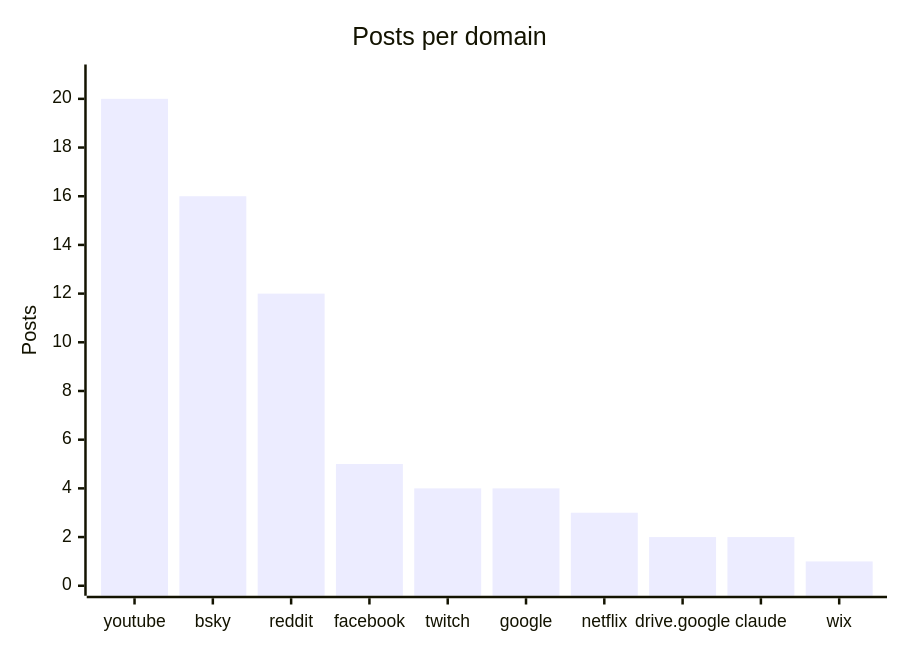
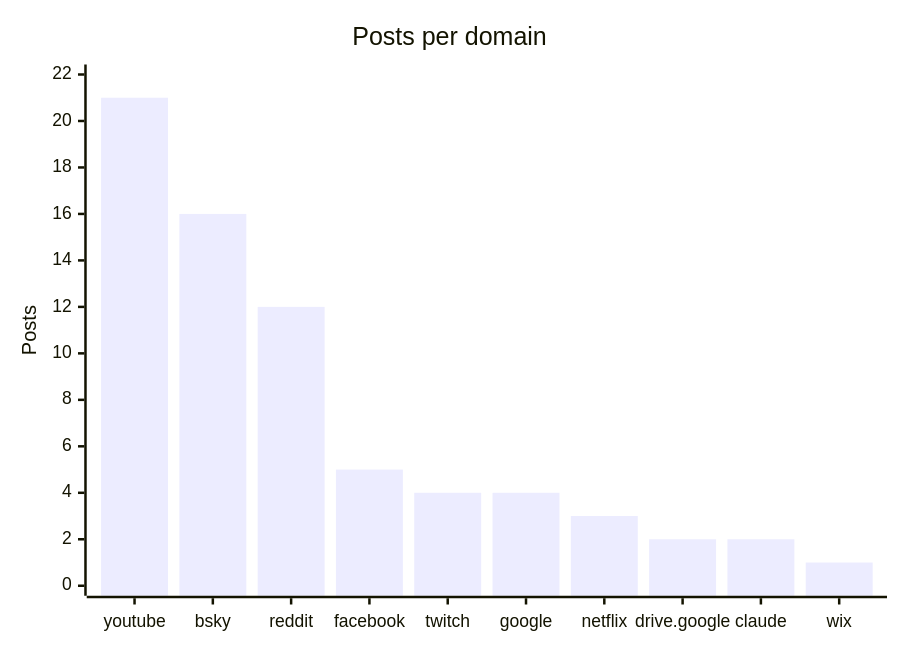
The fourth of 4 diagrams in README.md (martinbalfanz/social-scanner-reports), drawn with Mermaid before and after one commit. The commit also changed other lines of this file and 2 other files, not shown here.

````diff
--- a/README.md
+++ b/README.md
@@ -58,7 +58,7 @@
 ```mermaid
 xychart-beta
     title "Posts per domain"
     x-axis ["youtube", "bsky", "reddit", "facebook", "twitch", "google", "netflix", "drive.google", "claude", "wix"]
-    y-axis "Posts" 0 --> 21
-    bar [20, 16, 12, 5, 4, 4, 3, 2, 2, 1]
+    y-axis "Posts" 0 --> 22
+    bar [21, 16, 12, 5, 4, 4, 3, 2, 2, 1]
 ```
````
